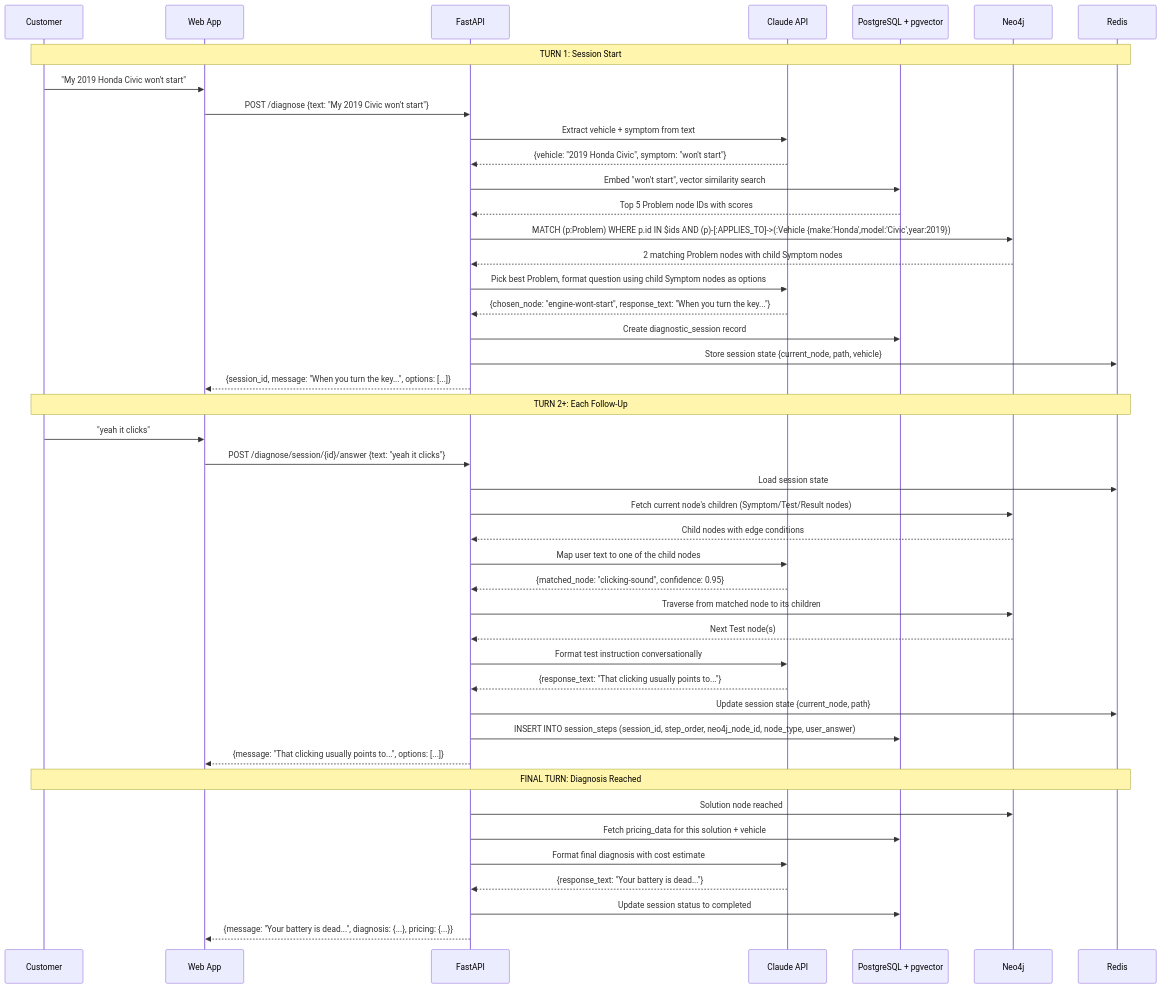
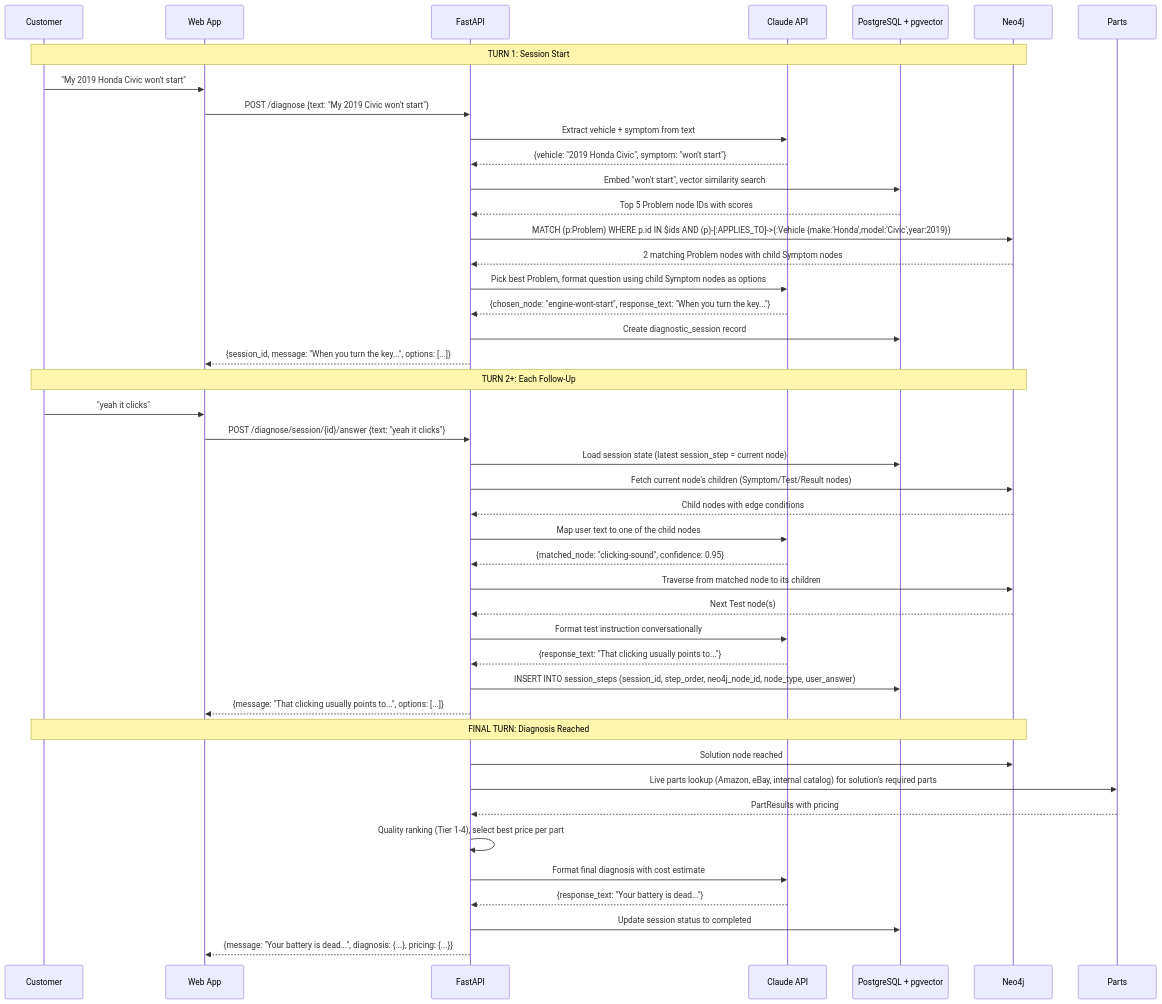
One commit to vjeeva/connected-diagnostics changed diagram 12 of 16 in .cursor/plans/diagnostic_knowledge_system_c18065b2.plan.md. Above: the diagram before and after it, drawn with Mermaid. The commit also changed other lines of this file, not shown here.

````diff
--- a/.cursor/plans/diagnostic_knowledge_system_c18065b2.plan.md
+++ b/.cursor/plans/diagnostic_knowledge_system_c18065b2.plan.md
@@ -912,62 +1075,61 @@
 ```mermaid
 sequenceDiagram
     participant C as Customer
     participant App as Web App
     participant API as FastAPI
     participant LLM as Claude API
     participant PG as PostgreSQL + pgvector
     participant Neo as Neo4j
-    participant Cache as Redis
 
-    Note over C,Cache: TURN 1: Session Start
+    Note over C,Neo: TURN 1: Session Start
 
     C->>App: "My 2019 Honda Civic won't start"
     App->>API: POST /diagnose {text: "My 2019 Civic won't start"}
 
     API->>LLM: Extract vehicle + symptom from text
     LLM-->>API: {vehicle: "2019 Honda Civic", symptom: "won't start"}
 
     API->>PG: Embed "won't start", vector similarity search
     PG-->>API: Top 5 Problem node IDs with scores
 
     API->>Neo: MATCH (p:Problem) WHERE p.id IN $ids AND (p)-[:APPLIES_TO]->(:Vehicle {make:'Honda',model:'Civic',year:2019})
     Neo-->>API: 2 matching Problem nodes with child Symptom nodes
 
     API->>LLM: Pick best Problem, format question using child Symptom nodes as options
     LLM-->>API: {chosen_node: "engine-wont-start", response_text: "When you turn the key..."}
 
     API->>PG: Create diagnostic_session record
-    API->>Cache: Store session state {current_node, path, vehicle}
     API-->>App: {session_id, message: "When you turn the key...", options: [...]}
 
-    Note over C,Cache: TURN 2+: Each Follow-Up
+    Note over C,Neo: TURN 2+: Each Follow-Up
 
     C->>App: "yeah it clicks"
     App->>API: POST /diagnose/session/{id}/answer {text: "yeah it clicks"}
 
-    API->>Cache: Load session state
+    API->>PG: Load session state (latest session_step = current node)
     API->>Neo: Fetch current node's children (Symptom/Test/Result nodes)
     Neo-->>API: Child nodes with edge conditions
 
     API->>LLM: Map user text to one of the child nodes
     LLM-->>API: {matched_node: "clicking-sound", confidence: 0.95}
 
     API->>Neo: Traverse from matched node to its children
     Neo-->>API: Next Test node(s)
 
     API->>LLM: Format test instruction conversationally
     LLM-->>API: {response_text: "That clicking usually points to..."}
 
-    API->>Cache: Update session state {current_node, path}
     API->>PG: INSERT INTO session_steps (session_id, step_order, neo4j_node_id, node_type, user_answer)
     API-->>App: {message: "That clicking usually points to...", options: [...]}
 
-    Note over C,Cache: FINAL TURN: Diagnosis Reached
+    Note over C,Neo: FINAL TURN: Diagnosis Reached
 
     API->>Neo: Solution node reached
-    API->>PG: Fetch pricing_data for this solution + vehicle
+    API->>Parts: Live parts lookup (Amazon, eBay, internal catalog) for solution's required parts
+    Parts-->>API: PartResults with pricing
+    API->>API: Quality ranking (Tier 1-4), select best price per part
     API->>LLM: Format final diagnosis with cost estimate
     LLM-->>API: {response_text: "Your battery is dead..."}
     API->>PG: Update session status to completed
     API-->>App: {message: "Your battery is dead...", diagnosis: {...}, pricing: {...}}
 ```
````
